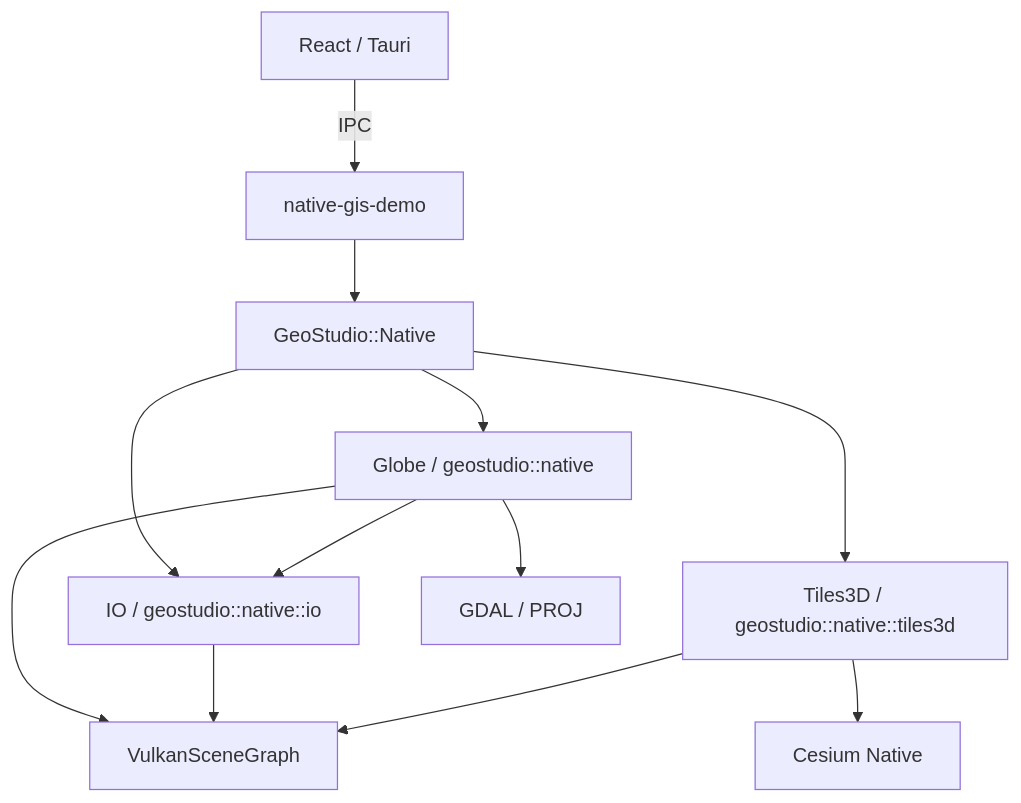
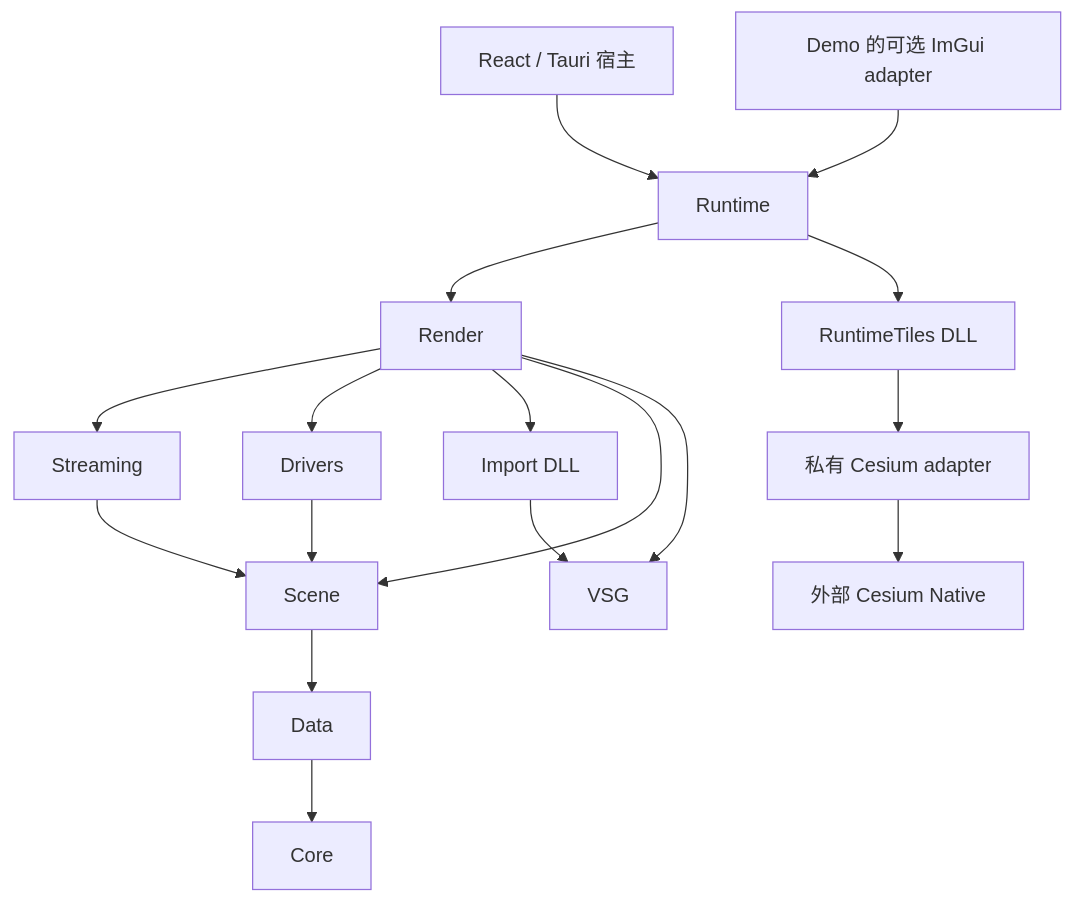
Before and after one commit to XiaoYang943/rocky: the diagram in docs/design/SDK架构与迁移.md, drawn with Mermaid. The commit also changed other lines of this file and 932 other files, not shown here.

````diff
--- a/docs/design/SDK架构与迁移.md
+++ b/docs/design/SDK架构与迁移.md
@@ -7,14 +7,19 @@
 ```mermaid
 graph TD
-    UI[React / Tauri] -->|IPC| Demo[native-gis-demo]
-    Demo --> Native[GeoStudio::Native]
-    Native --> Globe[Globe / geostudio::native]
-    Native --> IO[IO / geostudio::native::io]
-    Native --> Tiles[Tiles3D / geostudio::native::tiles3d]
-    Globe --> IO
-    Globe --> VSG[VulkanSceneGraph]
-    IO --> VSG
-    Tiles --> VSG
-    Tiles --> Cesium[Cesium Native]
-    Globe --> GDAL[GDAL / PROJ]
+    Host[React / Tauri 宿主] --> Runtime
+    Demo[Demo 的可选 ImGui adapter] --> Runtime
+    Runtime --> Render
+    Runtime --> RuntimeTiles[RuntimeTiles DLL]
+    Render --> Streaming
+    Render --> Drivers
+    Render --> Import[Import DLL]
+    Render --> Scene
+    Streaming --> Scene
+    Drivers --> Scene
+    Scene --> Data
+    Data --> Core
+    RuntimeTiles --> CesiumAdapter[私有 Cesium adapter]
+    CesiumAdapter --> Cesium[外部 Cesium Native]
+    Import --> VSG
+    Render --> VSG
 ```
````
